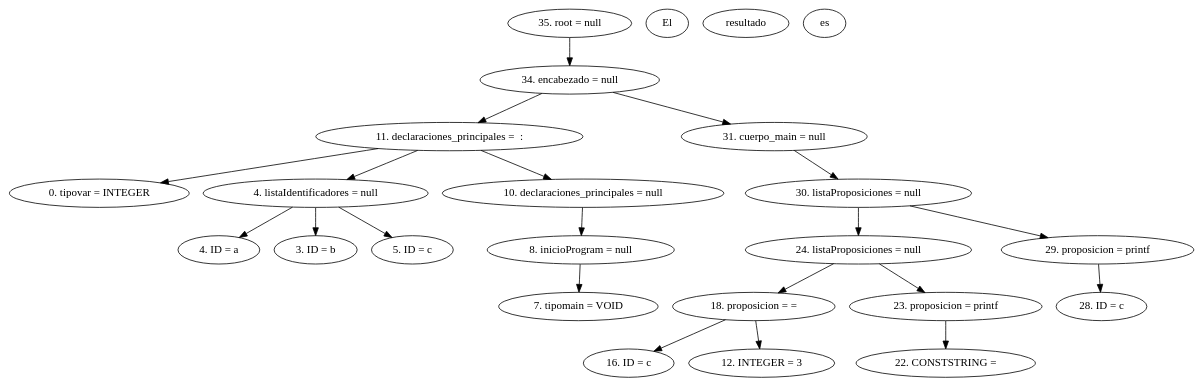
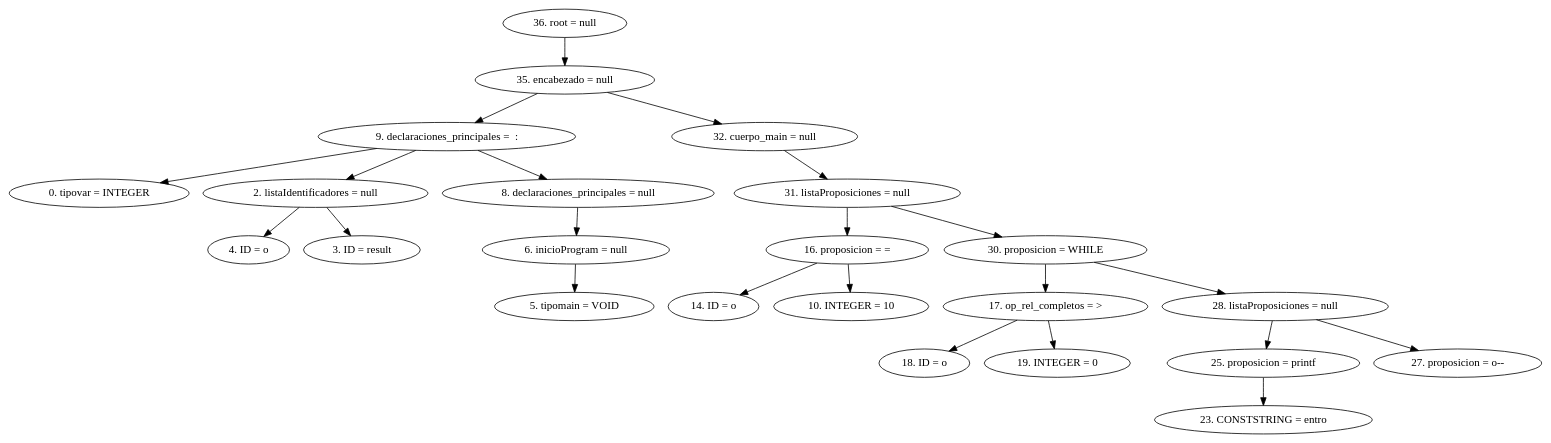
The diagram in src/AST.dot (Luigy08/mini-c), drawn with Graphviz before and after one commit. The commit also changed 7 other files, not shown here.

```diff
--- a/src/AST.dot
+++ b/src/AST.dot
@@ -1,24 +1,26 @@
 digraph G {
-"35. root = null"->"34. encabezado = null"
-"34. encabezado = null"->"11. declaraciones_principales =  : "
-"11. declaraciones_principales =  : "->"0. tipovar = INTEGER"
-"11. declaraciones_principales =  : "->"4. listaIdentificadores = null"
-"4. listaIdentificadores = null"->"4. ID = a"
-"4. listaIdentificadores = null"->"3. ID = b"
-"4. listaIdentificadores = null"->"5. ID = c"
-"11. declaraciones_principales =  : "->"10. declaraciones_principales = null"
-"10. declaraciones_principales = null"->"8. inicioProgram = null"
-"8. inicioProgram = null"->"7. tipomain = VOID"
-"34. encabezado = null"->"31. cuerpo_main = null"
-"31. cuerpo_main = null"->"30. listaProposiciones = null"
-"30. listaProposiciones = null"->"24. listaProposiciones = null"
-"24. listaProposiciones = null"->"18. proposicion = ="
-"18. proposicion = ="->"16. ID = c"
-"18. proposicion = ="->"12. INTEGER = 3"
-"24. listaProposiciones = null"->"23. proposicion = printf"
-"23. proposicion = printf"->"22. CONSTSTRING = "El resultado es: ""
-"30. listaProposiciones = null"->"29. proposicion = printf"
-"29. proposicion = printf"->"28. ID = c"
+"36. root = null"->"35. encabezado = null"
+"35. encabezado = null"->"9. declaraciones_principales =  : "
+"9. declaraciones_principales =  : "->"0. tipovar = INTEGER"
+"9. declaraciones_principales =  : "->"2. listaIdentificadores = null"
+"2. listaIdentificadores = null"->"4. ID = o"
+"2. listaIdentificadores = null"->"3. ID = result"
+"9. declaraciones_principales =  : "->"8. declaraciones_principales = null"
+"8. declaraciones_principales = null"->"6. inicioProgram = null"
+"6. inicioProgram = null"->"5. tipomain = VOID"
+"35. encabezado = null"->"32. cuerpo_main = null"
+"32. cuerpo_main = null"->"31. listaProposiciones = null"
+"31. listaProposiciones = null"->"16. proposicion = ="
+"16. proposicion = ="->"14. ID = o"
+"16. proposicion = ="->"10. INTEGER = 10"
+"31. listaProposiciones = null"->"30. proposicion = WHILE"
+"30. proposicion = WHILE"->"17. op_rel_completos = >"
+"17. op_rel_completos = >"->"18. ID = o"
+"17. op_rel_completos = >"->"19. INTEGER = 0"
+"30. proposicion = WHILE"->"28. listaProposiciones = null"
+"28. listaProposiciones = null"->"25. proposicion = printf"
+"25. proposicion = printf"->"23. CONSTSTRING = entro"
+"28. listaProposiciones = null"->"27. proposicion = o--"
 
 
 }
```
